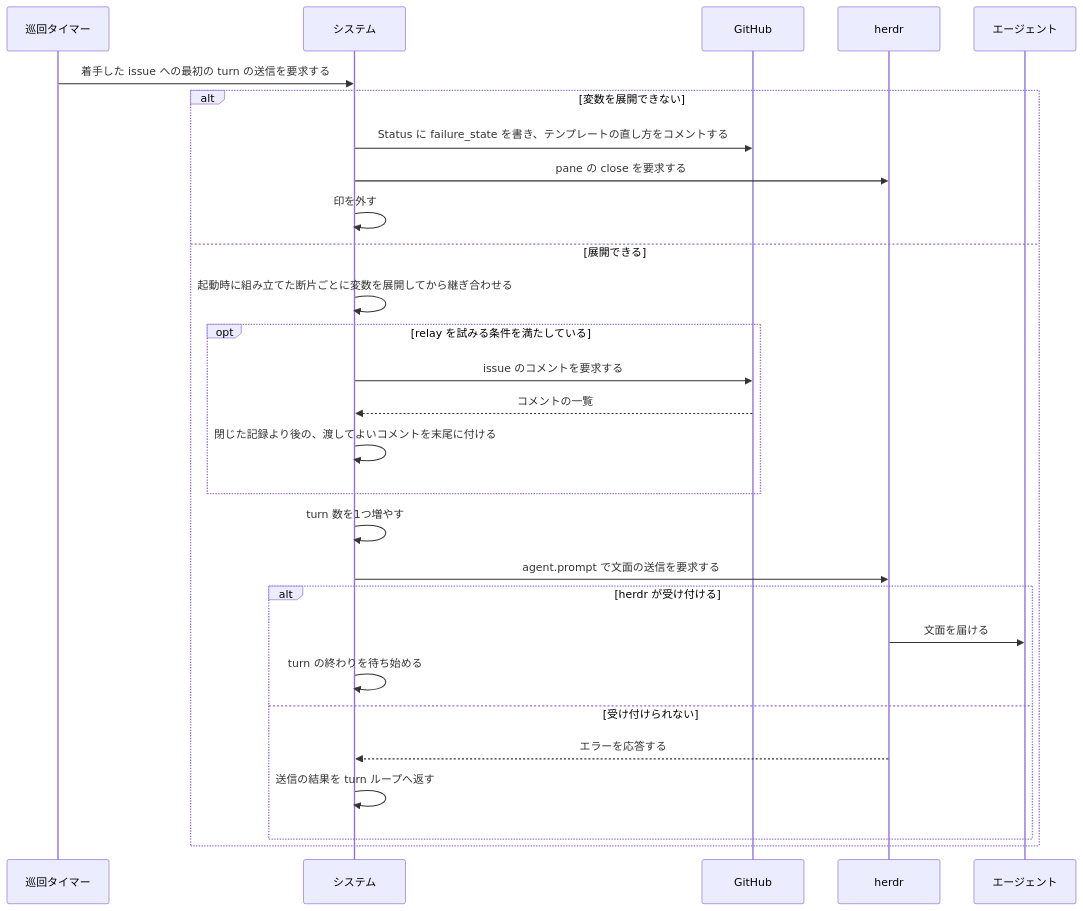
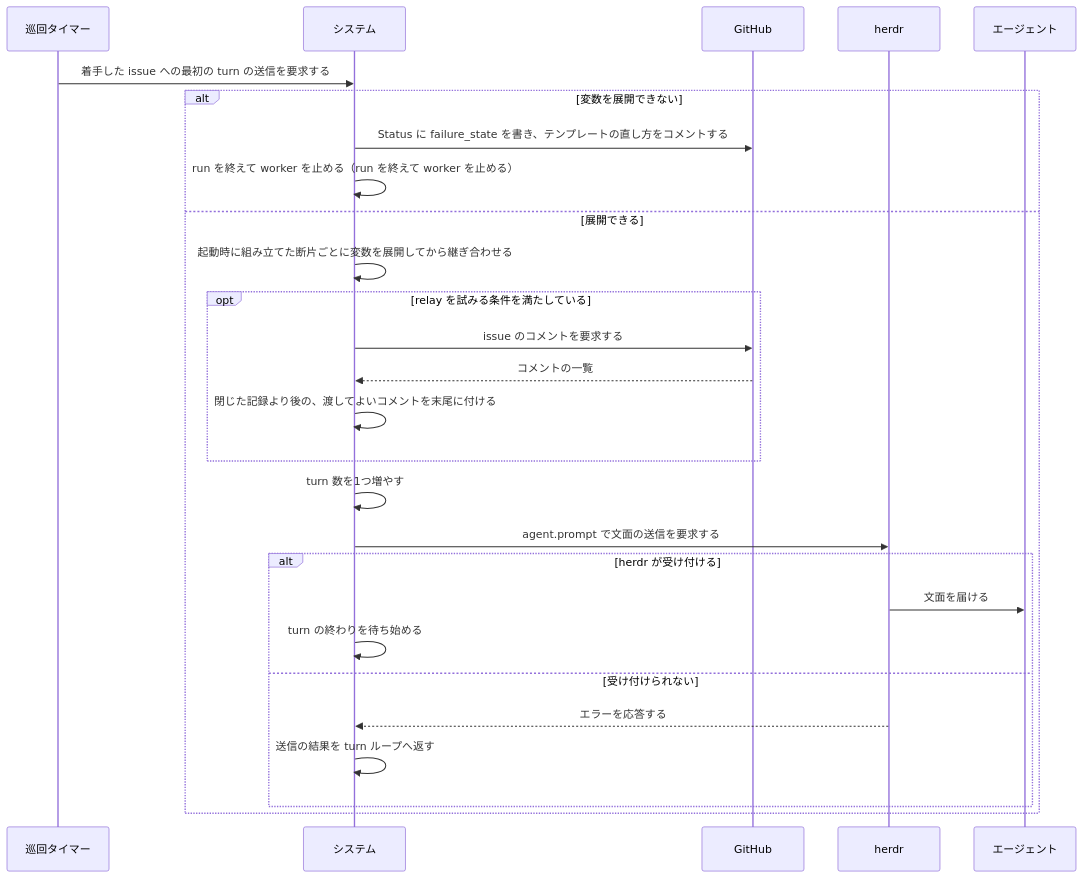
Before and after one commit to maimuzo/continuo: the first of 2 diagrams in docs/spec/usecases/particular_case/指示書の文面を組み立てて送る.rucm.md, drawn with Mermaid. The commit also changed other lines of this file and 93 other files, not shown here.

````diff
--- a/docs/spec/usecases/particular_case/指示書の文面を組み立てて送る.rucm.md
+++ b/docs/spec/usecases/particular_case/指示書の文面を組み立てて送る.rucm.md
@@ -148,31 +150,30 @@
 ```mermaid
 sequenceDiagram
     participant T as 巡回タイマー
     participant S as システム
     participant GH as GitHub
     participant H as herdr
     participant CC as エージェント
 
     T->>S: 着手した issue への最初の turn の送信を要求する
     alt 変数を展開できない
         S->>GH: Status に failure_state を書き、テンプレートの直し方をコメントする
-        S->>H: pane の close を要求する
-        S->>S: 印を外す
+        S->>S: run を終えて worker を止める（run を終えて worker を止める）
     else 展開できる
         S->>S: 起動時に組み立てた断片ごとに変数を展開してから継ぎ合わせる
         opt relay を試みる条件を満たしている
             S->>GH: issue のコメントを要求する
             GH-->>S: コメントの一覧
             S->>S: 閉じた記録より後の、渡してよいコメントを末尾に付ける
         end
         S->>S: turn 数を1つ増やす
         S->>H: agent.prompt で文面の送信を要求する
         alt herdr が受け付ける
             H->>CC: 文面を届ける
             S->>S: turn の終わりを待ち始める
         else 受け付けられない
             H-->>S: エラーを応答する
             S->>S: 送信の結果を turn ループへ返す
         end
     end
 ```
````
